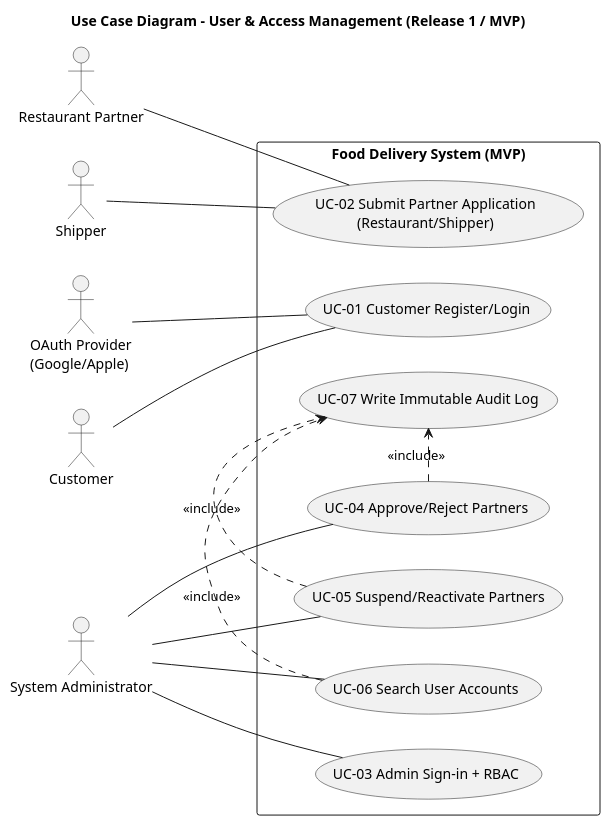
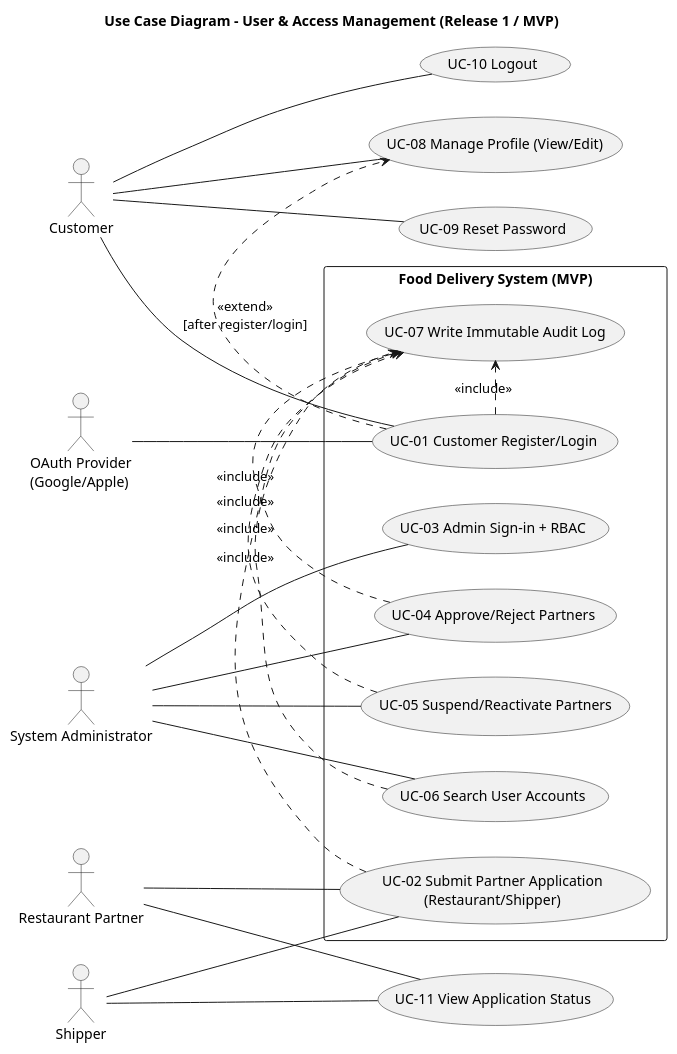
One commit to luubinhdeptrai/Architecture-FoodDelivery changed the diagram in Documents/usecase-diagrams/01-user-access.puml. Above: the diagram before and after it, drawn with PlantUML. The commit also changed 3 other files, not shown here.

```diff
--- a/Documents/usecase-diagrams/01-user-access.puml
+++ b/Documents/usecase-diagrams/01-user-access.puml
@@ -1,39 +1,55 @@
-@startuml
+@startuml user-access
 title Use Case Diagram - User & Access Management (Release 1 / MVP)
 
 left to right direction
 skinparam packageStyle rectangle
 skinparam shadowing false
 
 actor "Customer" as A_Customer
 actor "Restaurant Partner" as A_Restaurant
 actor "Shipper" as A_Shipper
 actor "System Administrator" as A_Admin
 actor "OAuth Provider\n(Google/Apple)" as A_OAuth
 
 rectangle "Food Delivery System (MVP)" as SYS {
   usecase "UC-01 Customer Register/Login" as UC01
   usecase "UC-02 Submit Partner Application\n(Restaurant/Shipper)" as UC02
 
   usecase "UC-03 Admin Sign-in + RBAC" as UC03
   usecase "UC-04 Approve/Reject Partners" as UC04
   usecase "UC-05 Suspend/Reactivate Partners" as UC05
   usecase "UC-06 Search User Accounts" as UC06
 
   usecase "UC-07 Write Immutable Audit Log" as UC07
 }
 
 A_Customer -- UC01
 A_Restaurant -- UC02
 A_Shipper -- UC02
 A_Admin -- UC03
 A_Admin -- UC04
 A_Admin -- UC05
 A_Admin -- UC06
 A_OAuth -- UC01
 
 UC04 .> UC07 : <<include>>
 UC05 .> UC07 : <<include>>
 UC06 .> UC07 : <<include>>
 
+usecase "UC-08 Manage Profile (View/Edit)" as UC08
+usecase "UC-09 Reset Password" as UC09
+usecase "UC-10 Logout" as UC10
+usecase "UC-11 View Application Status" as UC11
+
+A_Customer -- UC08
+A_Customer -- UC09
+A_Customer -- UC10
+A_Restaurant -- UC11
+A_Shipper -- UC11
+
+UC01 .> UC08 : <<extend>>\n[after register/login]
+UC02 .> UC07 : <<include>>
+UC01 .> UC07 : <<include>>
+
+
 @enduml
```
